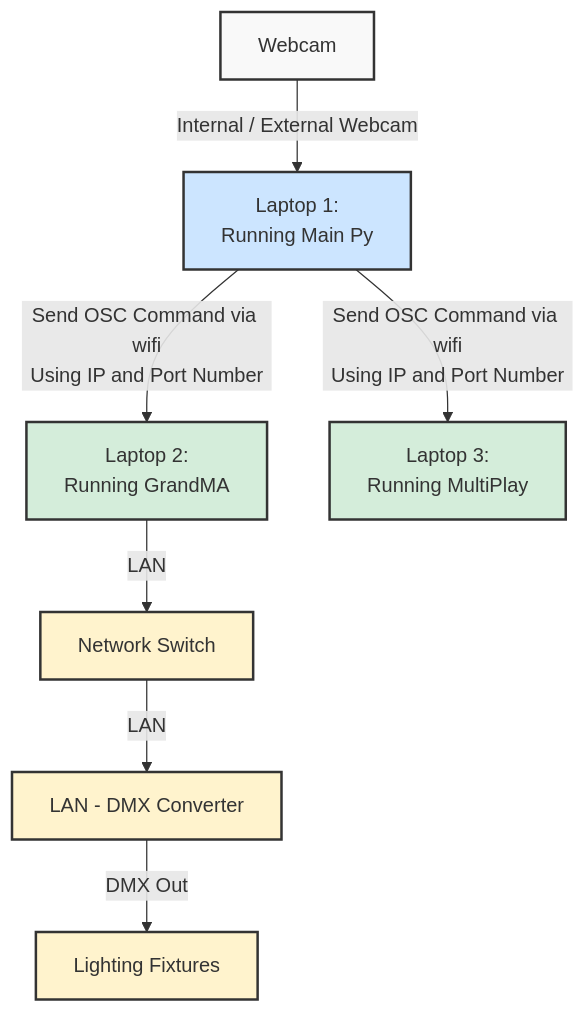
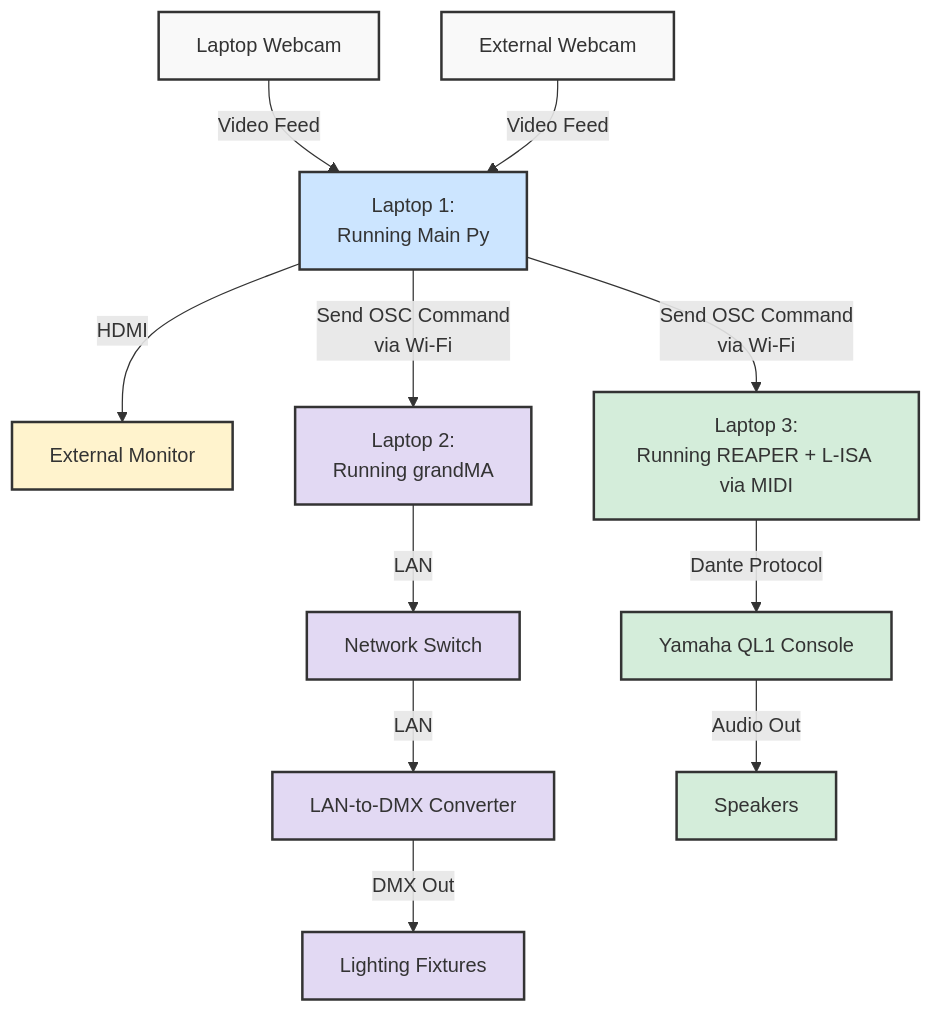
The diagram in README.md (cel-esx/EGL314_TeamB), drawn with Mermaid before and after one commit. The commit also changed other lines of this file and 2 other files, not shown here.

First line of the commit message:
Redo main README file

````diff
--- a/README.md
+++ b/README.md
@@ -63,26 +67,35 @@
 ```mermaid
 graph TD
     %% Style Definitions
     classDef inputs fill:#f9f9f9,stroke:#333,stroke-width:2px;
     classDef master fill:#cce5ff,stroke:#333,stroke-width:2px;
-    classDef target fill:#d4edda,stroke:#333,stroke-width:2px;
+    classDef lighting fill:#e2d9f3,stroke:#333,stroke-width:2px;
+    classDef audio fill:#d4edda,stroke:#333,stroke-width:2px;
     classDef hardware fill:#fff3cd,stroke:#333,stroke-width:2px;
 
-    %% Main Input and Master Controller
-    A[Webcam] -->|Internal / External Webcam| B[Laptop 1:<br>Running Main Py]
+    %% Visual & Input Hardware
+    CAM1[Laptop Webcam] -->|Video Feed| B
+    CAM2[External Webcam] -->|Video Feed| B
+    B -->|HDMI| MON[External Monitor]
 
-    %% Network Distribution via Wi-Fi
-    B -->|Send OSC Command via wifi<br>Using IP and Port Number| C[Laptop 2:<br>Running GrandMA]
-    B -->|Send OSC Command via wifi<br>Using IP and Port Number| D[Laptop 3:<br>Running MultiPlay]
+    %% Main Controller
+    B[Laptop 1:<br>Running Main Py]
 
-    %% Laptop 2 / Lighting Hardware Pipeline
+    %% Lighting Pipeline (Laptop 2)
+    B -->|Send OSC Command<br>via Wi-Fi| C[Laptop 2:<br>Running grandMA]
     C -->|LAN| E[Network Switch]
-    E -->|LAN| F[LAN - DMX Converter]
+    E -->|LAN| F[LAN-to-DMX Converter]
     F -->|DMX Out| G[Lighting Fixtures]
 
-    %% Assign Styles to Match Hardware Roles
-    class A inputs;
+    %% Audio Pipeline (Laptop 3)
+    B -->|Send OSC Command<br>via Wi-Fi| D[Laptop 3:<br>Running REAPER + L-ISA via MIDI ]
+    D -->|Dante Protocol| QL1[Yamaha QL1 Console]
+    QL1 -->|Audio Out| SPK[Speakers]
+
+    %% Assign Styles
+    class CAM1,CAM2 inputs;
     class B master;
-    class C,D target;
-    class E,F,G hardware;
+    class MON hardware;
+    class C,E,F,G lighting;
+    class D,LISA,QL1,SPK audio;
 ```
````
